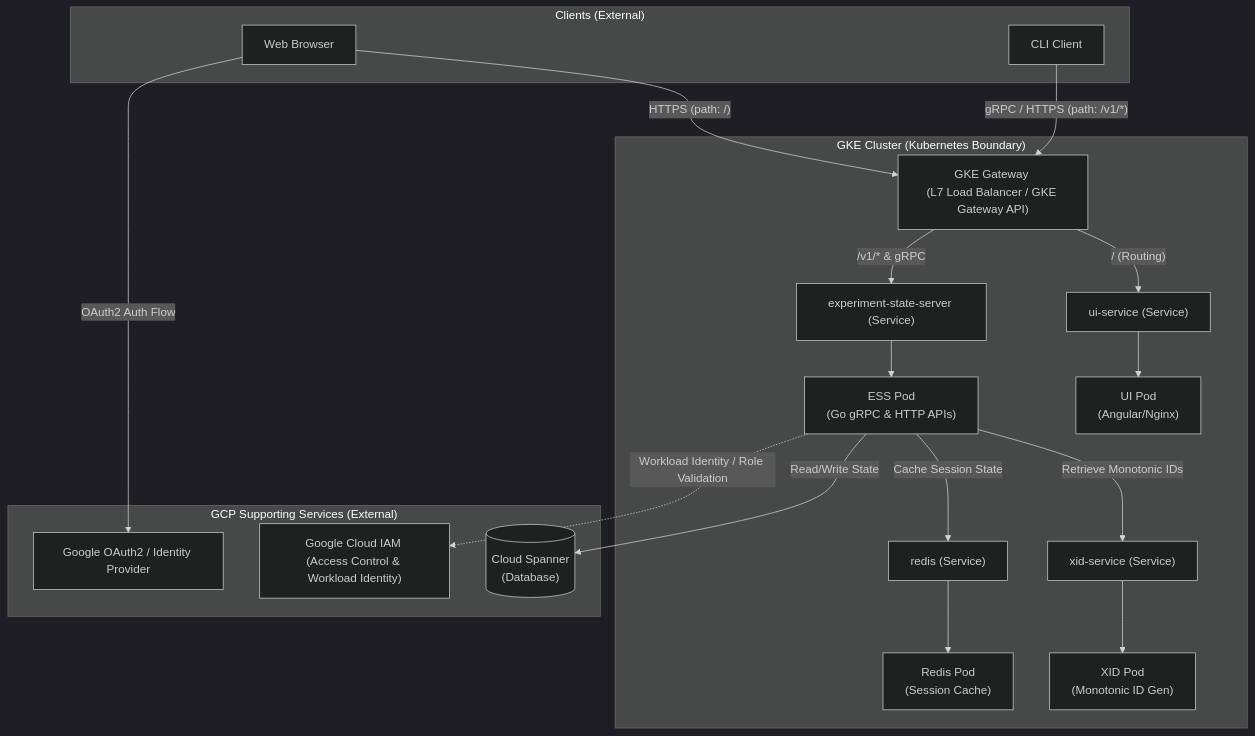
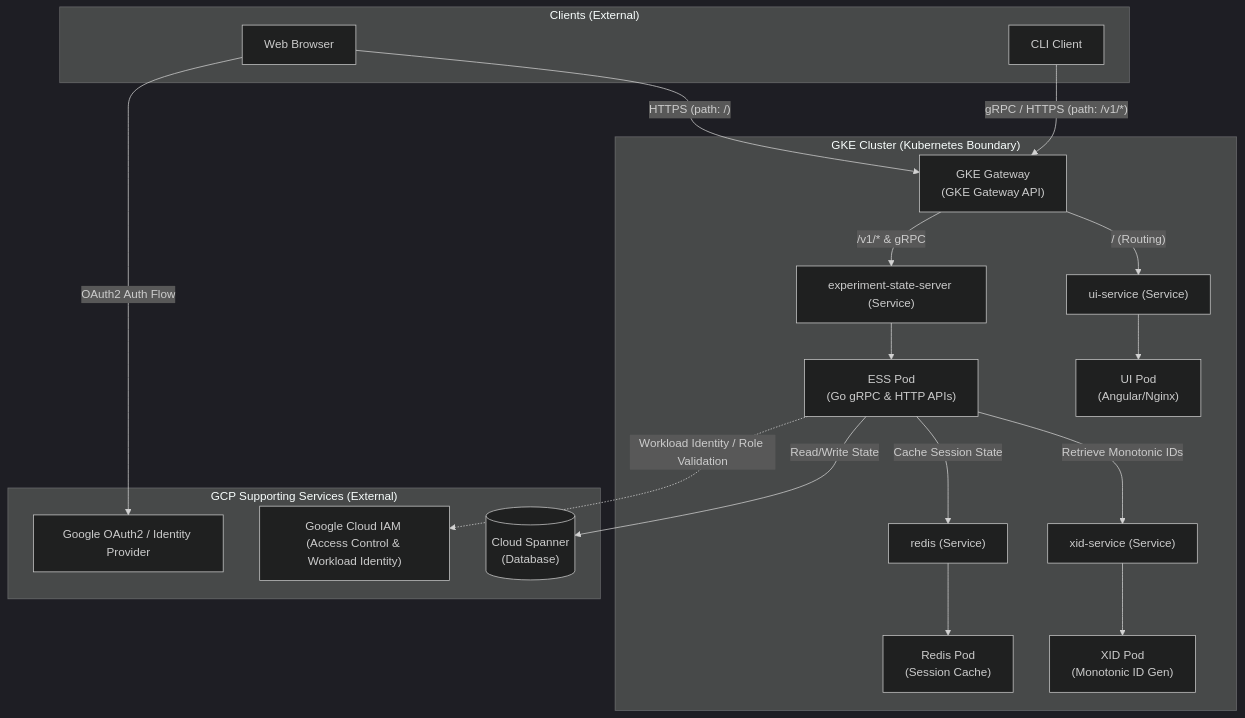
One commit to google/xmc changed the diagram in docs/design/gateway.md. Above: the diagram before and after it, drawn with Mermaid (dark theme).

Commit message:
diagram update - not referencing L7

````diff
--- a/docs/design/gateway.md
+++ b/docs/design/gateway.md
@@ -11,51 +11,51 @@
 ```mermaid
 graph TD
     subgraph Clients ["Clients (External)"]
         Browser["Web Browser"]
         CLI["CLI Client"]
     end
 
     subgraph GKE ["GKE Cluster (Kubernetes Boundary)"]
-        Gateway["GKE Gateway <br/>(L7 Load Balancer / GKE Gateway API)"]
+        Gateway["GKE Gateway <br/>(GKE Gateway API)"]
         
         UISvc["ui-service (Service)"]
         UIPod["UI Pod <br/>(Angular/Nginx)"]
         
         ESSSvc["experiment-state-server (Service)"]
         ESSPod["ESS Pod <br/>(Go gRPC & HTTP APIs)"]
         
         XIDSvc["xid-service (Service)"]
         XIDPod["XID Pod <br/>(Monotonic ID Gen)"]
         
         RedisSvc["redis (Service)"]
         RedisPod["Redis Pod <br/>(Session Cache)"]
     end
 
     subgraph GCP ["GCP Supporting Services (External)"]
         Spanner[("Cloud Spanner <br/>(Database)")]
         IAM["Google Cloud IAM <br/>(Access Control & Workload Identity)"]
         OAuth["Google OAuth2 / Identity Provider"]
     end
 
     %% Traffic Flows
     Browser -->|"HTTPS (path: /)"| Gateway
     CLI -->|"gRPC / HTTPS (path: /v1/*)"| Gateway
     
     Gateway -->|"/ (Routing)"| UISvc
     UISvc --> UIPod
     
     Gateway -->|"/v1/* & gRPC"| ESSSvc
     ESSSvc --> ESSPod
     
     %% Pod-to-Pod communication
     ESSPod -->|"Retrieve Monotonic IDs"| XIDSvc
     XIDSvc --> XIDPod
     
     ESSPod -->|"Cache Session State"| RedisSvc
     RedisSvc --> RedisPod
 
     %% External GCP Interactions
     ESSPod -->|"Read/Write State"| Spanner
     ESSPod -.->|"Workload Identity / Role Validation"| IAM
     Browser -->|"OAuth2 Auth Flow"| OAuth
 ```
````
